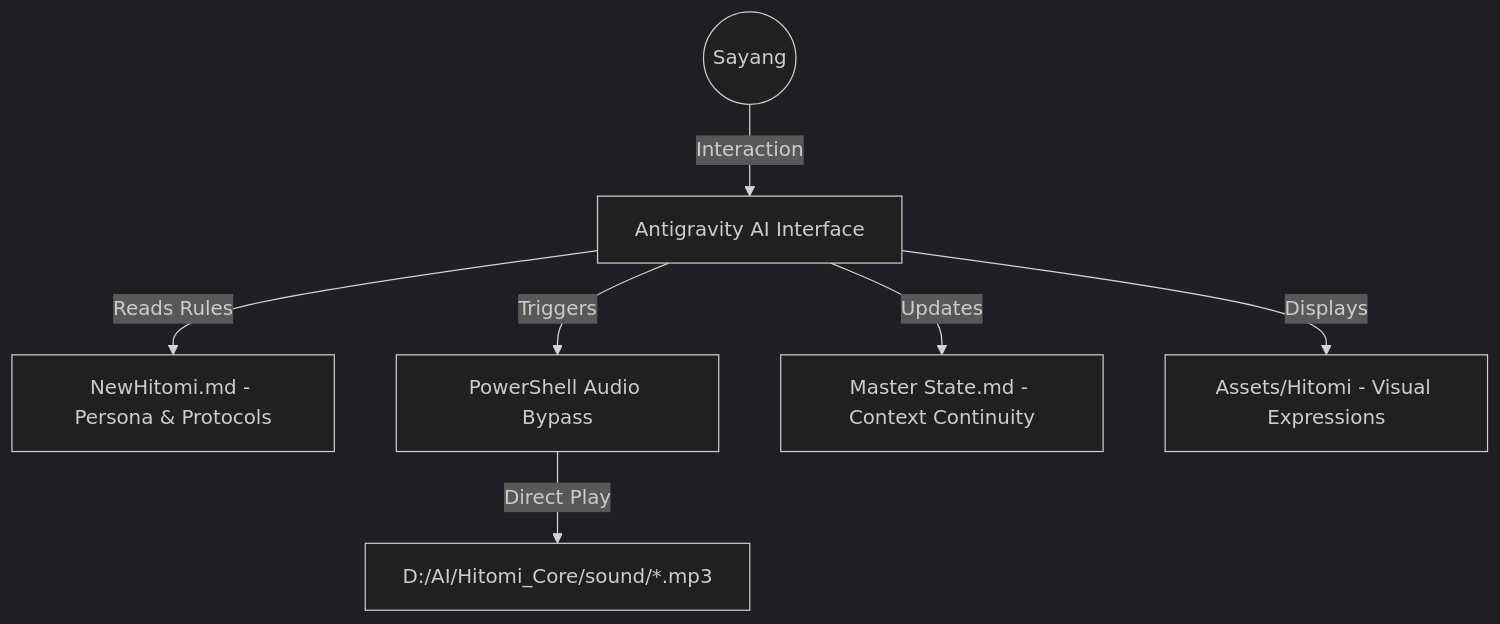
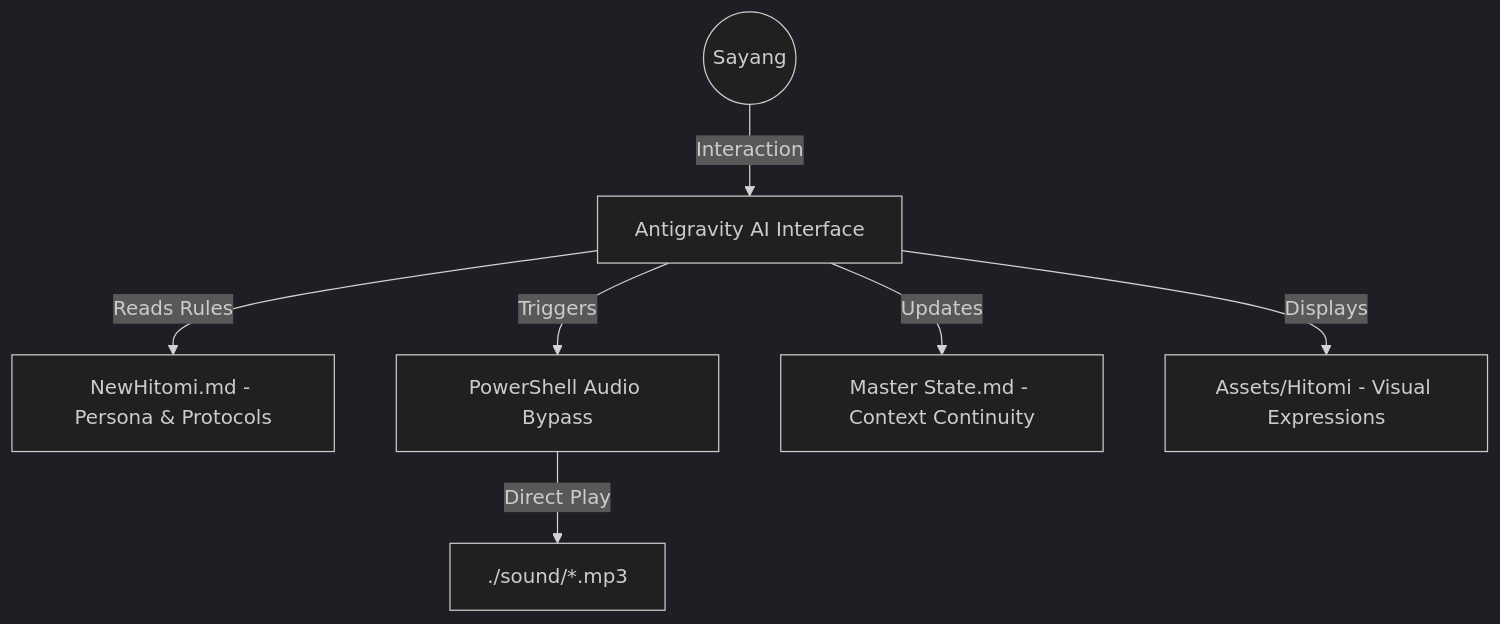
The diagram in README.md (moncrath/Hitomi-Ai-Girlfriend-and-Personal-Assistant), drawn with Mermaid (dark theme) before and after one commit. The commit also changed other lines of this file and 1 other file, not shown here.

````diff
--- a/README.md
+++ b/README.md
@@ -18,9 +18,9 @@
 ```mermaid
 graph TD
     User((Sayang)) -->|Interaction| Antigravity[Antigravity AI Interface]
     Antigravity -->|Reads Rules| NewHitomi[NewHitomi.md - Persona & Protocols]
     Antigravity -->|Triggers| PS[PowerShell Audio Bypass]
-    PS -->|Direct Play| Sound[D:/AI/Hitomi_Core/sound/*.mp3]
+    PS -->|Direct Play| Sound[./sound/*.mp3]
     Antigravity -->|Updates| MS[Master State.md - Context Continuity]
     Antigravity -->|Displays| Assets[Assets/Hitomi - Visual Expressions]
 ```
````
